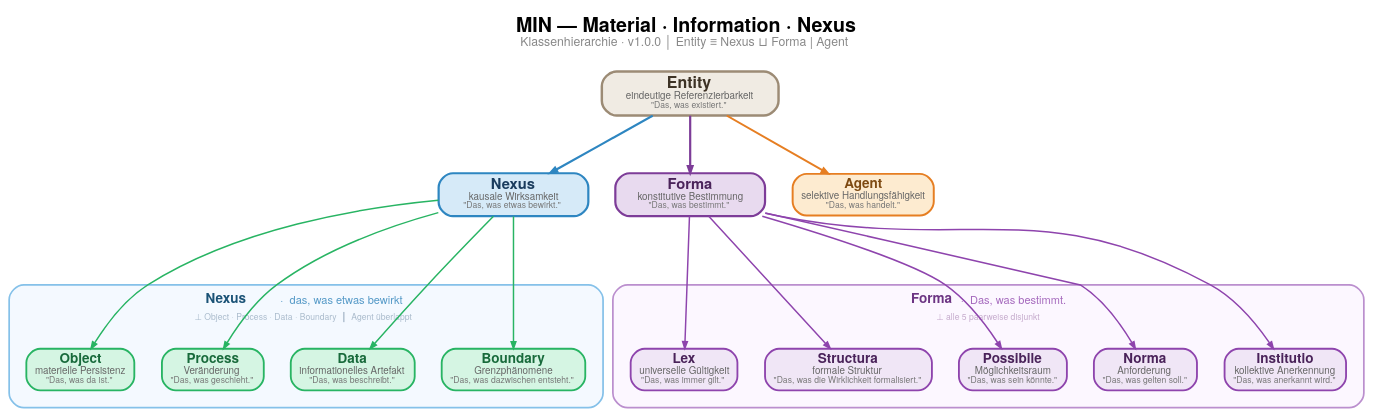
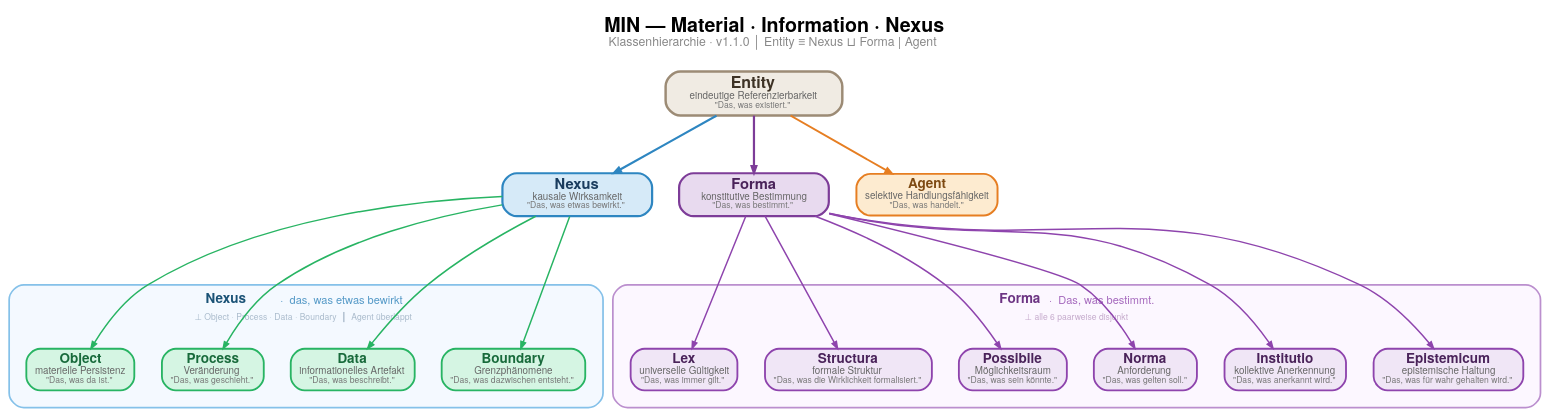
Before and after one commit to lepy/min-ontology: the diagram in docs/min_hierarchy.dot, drawn with Graphviz. The commit also changed 46 other files, not shown here.

```diff
--- a/docs/min_hierarchy.dot
+++ b/docs/min_hierarchy.dot
@@ -1,106 +1,108 @@
 digraph MIN {
     rankdir=TB;
     bgcolor="transparent";
     pad=0.4;
     nodesep=0.3;
     ranksep=0.65;
     splines=true;
 
     graph [fontname="Helvetica Neue, Helvetica, Arial, sans-serif"];
     node  [fontname="Helvetica Neue, Helvetica, Arial, sans-serif"];
     edge  [fontname="Helvetica Neue, Helvetica, Arial, sans-serif"];
 
     node [
         shape=box, style="rounded,filled", penwidth=1.5,
         fontsize=11, height=0.42, margin="0.10,0.06"
     ];
     edge [ penwidth=1.2, arrowsize=0.55 ];
 
     // ── ENTITY ──────────────────────────────────────────────
     Entity [
         label=<<B>Entity</B><BR/><FONT POINT-SIZE="8" COLOR="#666666">eindeutige Referenzierbarkeit</FONT><BR/><FONT POINT-SIZE="7" COLOR="#777777">&quot;Das, was existiert.&quot;</FONT>>,
         fillcolor="#f0ebe3", color="#9c8b75", fontcolor="#3d3225",
         fontsize=13, penwidth=2.0, width=2.0
     ];
 
     // ── NEXUS ───────────────────────────────────────────────
     subgraph cluster_nexus {
         label=<<TABLE BORDER="0" CELLPADDING="1"><TR>
             <TD><B><FONT POINT-SIZE="11" COLOR="#1a5276">Nexus</FONT></B></TD>
             <TD><FONT POINT-SIZE="9" COLOR="#5499c7">  ·  das, was etwas bewirkt</FONT></TD>
         </TR><TR>
             <TD COLSPAN="2"><FONT POINT-SIZE="7.5" COLOR="#aabbcc">⊥ Object · Process · Data · Boundary  ┃  Agent überlappt</FONT></TD>
         </TR></TABLE>>;
         fontsize=11; fontcolor="#1a5276";
         style="rounded"; color="#85c1e9"; bgcolor="#f4f9ff";
         margin=14; penwidth=1.4;
 
         Nexus [
             label=<<B>Nexus</B><BR/><FONT POINT-SIZE="8" COLOR="#666666">kausale Wirksamkeit</FONT><BR/><FONT POINT-SIZE="7" COLOR="#777777">&quot;Das, was etwas bewirkt.&quot;</FONT>>,
             fillcolor="#d6eaf8", color="#2e86c1", fontcolor="#1a3c5e",
             fontsize=12, penwidth=1.8, width=1.7
         ];
 
         Object [ label=<<B>Object</B><BR/><FONT POINT-SIZE="8" COLOR="#666666">materielle Persistenz</FONT><BR/><FONT POINT-SIZE="7" COLOR="#777777">&quot;Das, was da ist.&quot;</FONT>>, fillcolor="#d5f5e3", color="#28b463", fontcolor="#186a3b" ];
         Process [ label=<<B>Process</B><BR/><FONT POINT-SIZE="8" COLOR="#666666">Veränderung</FONT><BR/><FONT POINT-SIZE="7" COLOR="#777777">&quot;Das, was geschieht.&quot;</FONT>>, fillcolor="#d5f5e3", color="#28b463", fontcolor="#186a3b" ];
         Data [ label=<<B>Data</B><BR/><FONT POINT-SIZE="8" COLOR="#666666">informationelles Artefakt</FONT><BR/><FONT POINT-SIZE="7" COLOR="#777777">&quot;Das, was beschreibt.&quot;</FONT>>, fillcolor="#d5f5e3", color="#28b463", fontcolor="#186a3b" ];
         Boundary [ label=<<B>Boundary</B><BR/><FONT POINT-SIZE="8" COLOR="#666666">Grenzphänomene</FONT><BR/><FONT POINT-SIZE="7" COLOR="#777777">&quot;Das, was dazwischen entsteht.&quot;</FONT>>, fillcolor="#d5f5e3", color="#28b463", fontcolor="#186a3b" ];
     }
 
     // ── FORMA ───────────────────────────────────────────────
     subgraph cluster_forma {
         label=<<TABLE BORDER="0" CELLPADDING="1"><TR>
             <TD><B><FONT POINT-SIZE="11" COLOR="#6c3483">Forma</FONT></B></TD>
             <TD><FONT POINT-SIZE="9" COLOR="#a569bd">  ·  Das, was bestimmt.</FONT></TD>
         </TR><TR>
-            <TD COLSPAN="2"><FONT POINT-SIZE="7.5" COLOR="#c5aacc">⊥ alle 5 paarweise disjunkt</FONT></TD>
+            <TD COLSPAN="2"><FONT POINT-SIZE="7.5" COLOR="#c5aacc">⊥ alle 6 paarweise disjunkt</FONT></TD>
         </TR></TABLE>>;
         fontsize=11; fontcolor="#6c3483";
         style="rounded"; color="#bb8fce"; bgcolor="#fcf7ff";
         margin=14; penwidth=1.4;
 
         Forma [
             label=<<B>Forma</B><BR/><FONT POINT-SIZE="8" COLOR="#666666">konstitutive Bestimmung</FONT><BR/><FONT POINT-SIZE="7" COLOR="#777777">&quot;Das, was bestimmt.&quot;</FONT>>,
             fillcolor="#e8daef", color="#7d3c98", fontcolor="#4a235a",
             fontsize=12, penwidth=1.8, width=1.7
         ];
 
         Lex [ label=<<B>Lex</B><BR/><FONT POINT-SIZE="8" COLOR="#666666">universelle Gültigkeit</FONT><BR/><FONT POINT-SIZE="7" COLOR="#777777">&quot;Das, was immer gilt.&quot;</FONT>>, fillcolor="#f0e6f6", color="#8e44ad", fontcolor="#4a235a" ];
         Structura [ label=<<B>Structura</B><BR/><FONT POINT-SIZE="8" COLOR="#666666">formale Struktur</FONT><BR/><FONT POINT-SIZE="7" COLOR="#777777">&quot;Das, was die Wirklichkeit formalisiert.&quot;</FONT>>, fillcolor="#f0e6f6", color="#8e44ad", fontcolor="#4a235a" ];
         Possibile [ label=<<B>Possibile</B><BR/><FONT POINT-SIZE="8" COLOR="#666666">Möglichkeitsraum</FONT><BR/><FONT POINT-SIZE="7" COLOR="#777777">&quot;Das, was sein könnte.&quot;</FONT>>, fillcolor="#f0e6f6", color="#8e44ad", fontcolor="#4a235a" ];
         Norma [ label=<<B>Norma</B><BR/><FONT POINT-SIZE="8" COLOR="#666666">Anforderung</FONT><BR/><FONT POINT-SIZE="7" COLOR="#777777">&quot;Das, was gelten soll.&quot;</FONT>>, fillcolor="#f0e6f6", color="#8e44ad", fontcolor="#4a235a" ];
         Institutio [ label=<<B>Institutio</B><BR/><FONT POINT-SIZE="8" COLOR="#666666">kollektive Anerkennung</FONT><BR/><FONT POINT-SIZE="7" COLOR="#777777">&quot;Das, was anerkannt wird.&quot;</FONT>>, fillcolor="#f0e6f6", color="#8e44ad", fontcolor="#4a235a" ];
+        Epistemicum [ label=<<B>Epistemicum</B><BR/><FONT POINT-SIZE="8" COLOR="#666666">epistemische Haltung</FONT><BR/><FONT POINT-SIZE="7" COLOR="#777777">&quot;Das, was f&#252;r wahr gehalten wird.&quot;</FONT>>, fillcolor="#f0e6f6", color="#8e44ad", fontcolor="#4a235a" ];
     }
 
     // ── ENTITY-QUERKATEGORIEN ─────────────────────────────
     Agent [
         label=<<B>Agent</B><BR/><FONT POINT-SIZE="8" COLOR="#666666">selektive Handlungsfähigkeit</FONT><BR/><FONT POINT-SIZE="7" COLOR="#777777">&quot;Das, was handelt.&quot;</FONT>>,
         fillcolor="#fdebd0", color="#e67e22", fontcolor="#7e4a12",
         style="rounded,filled", penwidth=1.6
     ];
 
     // ── Edges ───────────────────────────────────────────────
     Entity -> Nexus  [color="#2e86c1", penwidth=1.8];
     Entity -> Forma  [color="#7d3c98", penwidth=1.8];
     Entity -> Agent  [color="#e67e22", penwidth=1.5];
 
     Nexus -> Object [color="#28b463", minlen=2];
     Nexus -> Process [color="#28b463", minlen=2];
     Nexus -> Data [color="#28b463", minlen=2];
     Nexus -> Boundary [color="#28b463", minlen=2];
 
     Forma -> Lex [color="#8e44ad", minlen=2];
     Forma -> Structura [color="#8e44ad", minlen=2];
     Forma -> Possibile [color="#8e44ad", minlen=2];
     Forma -> Norma [color="#8e44ad", minlen=2];
     Forma -> Institutio [color="#8e44ad", minlen=2];
+    Forma -> Epistemicum [color="#8e44ad", minlen=2];
     Nexus -> Forma [style=invis, weight=50, constraint=true];
     Forma -> Agent [style=invis, weight=50, constraint=true];
 
     // ── Rank ────────────────────────────────────────────────
     { rank=same; Nexus; Forma; Agent; }
 
     // ── Title ───────────────────────────────────────────────
     labelloc=t;
-    label=<<FONT POINT-SIZE="16"><B>MIN — Material · Information · Nexus</B></FONT><BR/><FONT POINT-SIZE="10" COLOR="#888888">Klassenhierarchie · v1.0.0 │ Entity ≡ Nexus ⊔ Forma | Agent</FONT><BR/> >;
+    label=<<FONT POINT-SIZE="16"><B>MIN — Material · Information · Nexus</B></FONT><BR/><FONT POINT-SIZE="10" COLOR="#888888">Klassenhierarchie · v1.1.0 │ Entity ≡ Nexus ⊔ Forma | Agent</FONT><BR/> >;
 }
```
